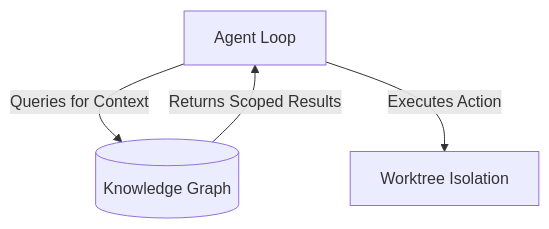
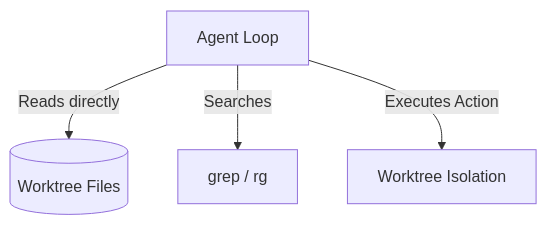
The diagram in website/src/content/docs/concepts/knowledge-graph.md (danieljhkim/orbit), drawn with Mermaid before and after one commit. The commit also changed other lines of this file and 163 other files, not shown here.

First line of the commit message:
refactor: Consolidate the graph island into orbit-graph and remove the … [ORB-10357]

````diff
--- a/website/src/content/docs/concepts/knowledge-graph.md
+++ b/website/src/content/docs/concepts/knowledge-graph.md
@@ -14,6 +14,6 @@
 ```mermaid
 graph TD
-    Agent[Agent Loop] -->|Queries for Context| Graph[(Knowledge Graph)]
-    Graph -->|Returns Scoped Results| Agent
+    Agent[Agent Loop] -->|Reads directly| Files[(Worktree Files)]
+    Agent -->|Searches| Grep[grep / rg]
     Agent -->|Executes Action| Worktree[Worktree Isolation]
 ```
````
